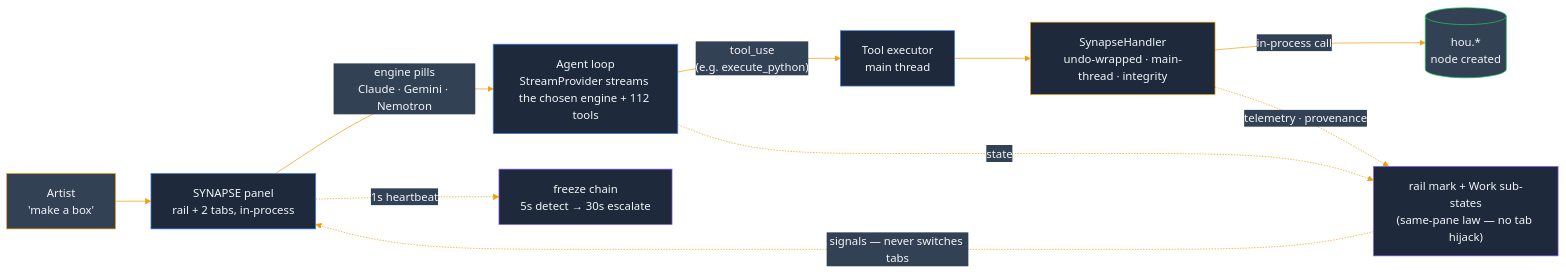
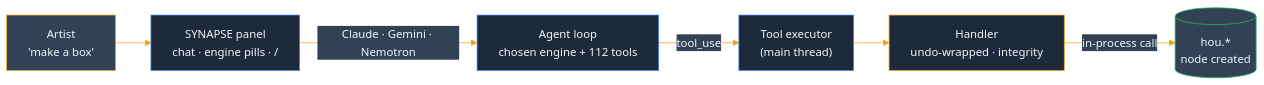
Before and after one commit to JosephOIbrahim/Synapse: the first of 3 diagrams in README.md, drawn with Mermaid. The commit also changed other lines of this file and 2 other files, not shown here.

First line of the commit message:
docs: artist/ADHD-friendly README + CHANGELOG split; VERSION 5.16.0

````diff
--- a/README.md
+++ b/README.md
@@ -25,18 +30,13 @@
 ```mermaid
 %%{init: {'theme':'base', 'themeVariables': {'primaryColor':'#1e293b','primaryTextColor':'#f1f5f9','primaryBorderColor':'#0f172a','lineColor':'#f59e0b','secondaryColor':'#334155','tertiaryColor':'#475569'}}}%%
 flowchart LR
-    ART["Artist<br/>'make a box'"]:::artist --> PANEL["SYNAPSE panel<br/>rail + 2 tabs, in-process"]:::panel
-    PANEL -->|"engine pills<br/>Claude &middot; Gemini &middot; Nemotron"| LOOP["Agent loop<br/>StreamProvider streams the chosen engine + 112 tools"]:::panel
-    LOOP -->|"tool_use<br/>(e.g. execute_python)"| EXEC["Tool executor<br/>main thread"]:::panel
-    EXEC --> BR["SynapseHandler<br/>undo-wrapped &middot; main-thread &middot; integrity"]:::bridge
+    ART["Artist<br/>'make a box'"]:::artist --> PANEL["SYNAPSE panel<br/>chat · engine pills · /"]:::panel
+    PANEL -->|"Claude · Gemini · Nemotron"| LOOP["Agent loop<br/>chosen engine + 112 tools"]:::panel
+    LOOP -->|"tool_use"| EXEC["Tool executor<br/>(main thread)"]:::panel
+    EXEC --> BR["Handler<br/>undo-wrapped · integrity"]:::bridge
     BR -->|in-process call| HOU[("hou.*<br/>node created")]:::hou
-    LOOP -.->|state| FACE["rail mark + Work sub-states<br/>(same-pane law &mdash; no tab hijack)"]:::obs
-    BR -.->|telemetry &middot; provenance| FACE
-    FACE -.->|signals &mdash; never switches tabs| PANEL
-    PANEL -.->|"1s heartbeat"| WDOG["freeze chain<br/>5s detect &rarr; 30s escalate"]:::obs
     classDef artist fill:#334155,stroke:#f59e0b,color:#f1f5f9
     classDef panel fill:#1e293b,stroke:#3b82f6,color:#f1f5f9
     classDef bridge fill:#1e293b,stroke:#f59e0b,color:#f1f5f9
     classDef hou fill:#334155,stroke:#22c55e,color:#f1f5f9
-    classDef obs fill:#1e293b,stroke:#8b5cf6,color:#f1f5f9
 ```
````
